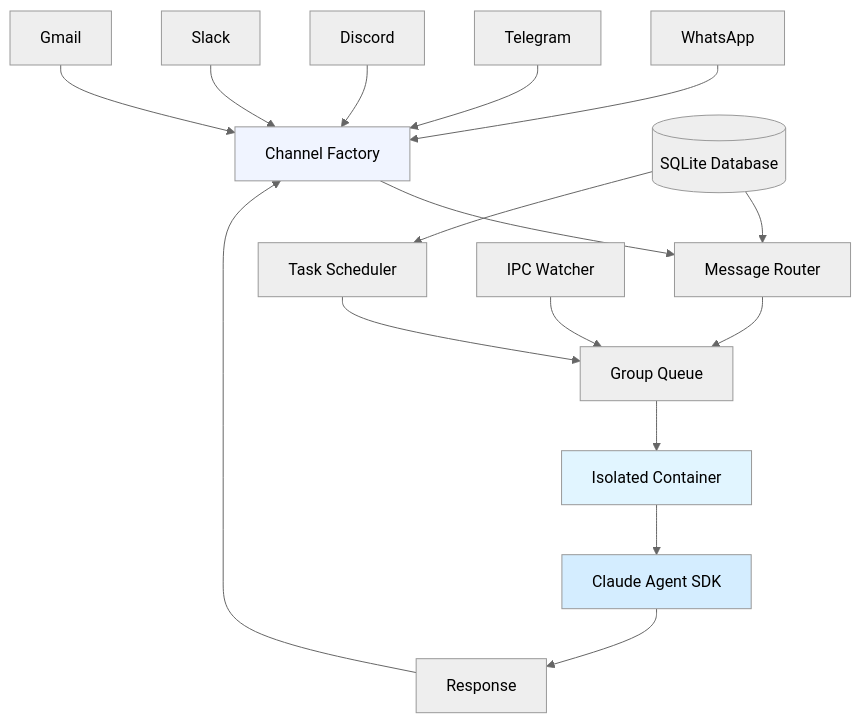
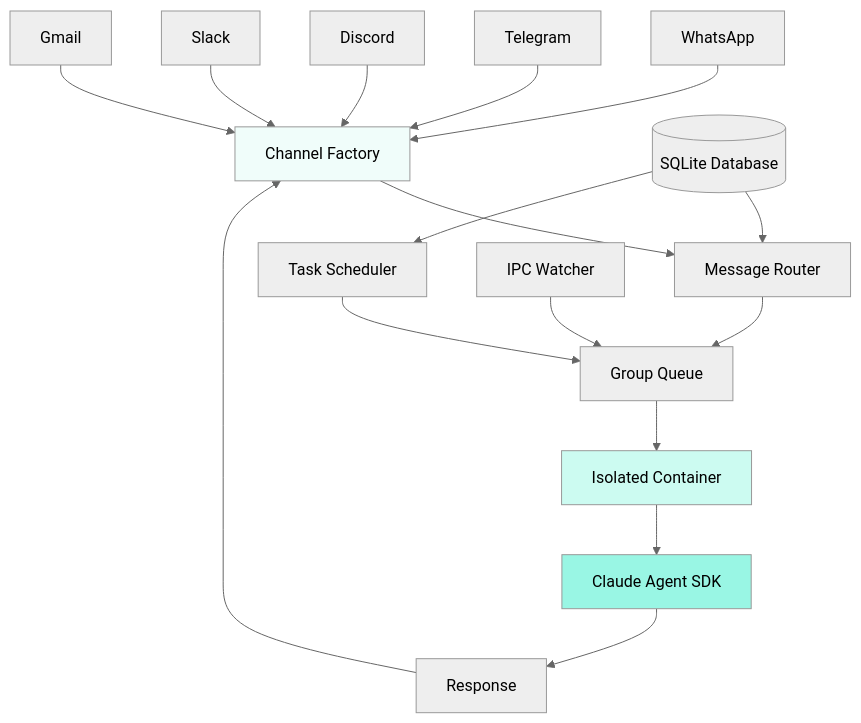
Before and after one commit to glifocat/mintlify-docs: the first of 3 diagrams in concepts/architecture.mdx, drawn with Mermaid (neutral theme). The commit also changed other lines of this file and 23 other files, not shown here.

````diff
--- a/concepts/architecture.mdx
+++ b/concepts/architecture.mdx
@@ -12,24 +13,24 @@
 ```mermaid
 graph TB
     WA[WhatsApp] --> CF[Channel Factory]
     TG[Telegram] --> CF
     DC[Discord] --> CF
     SL[Slack] --> CF
     GM[Gmail] --> CF
     CF --> Router[Message Router]
     Router --> Queue[Group Queue]
     Queue --> Container[Isolated Container]
     Container --> Agent[Claude Agent SDK]
     Agent --> Response[Response]
     Response --> CF
 
     Scheduler[Task Scheduler] --> Queue
     IPC[IPC Watcher] --> Queue
 
     DB[(SQLite Database)] --> Router
     DB --> Scheduler
 
-    style Container fill:#e1f5ff
-    style Agent fill:#d4edff
-    style CF fill:#f0f4ff
+    style Container fill:#ccfbf1
+    style Agent fill:#99f6e4
+    style CF fill:#f0fdfa
 ```
````
